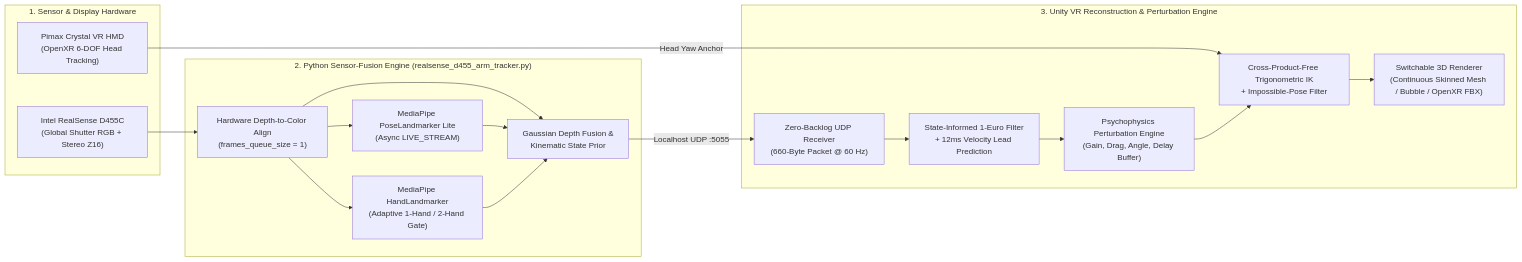
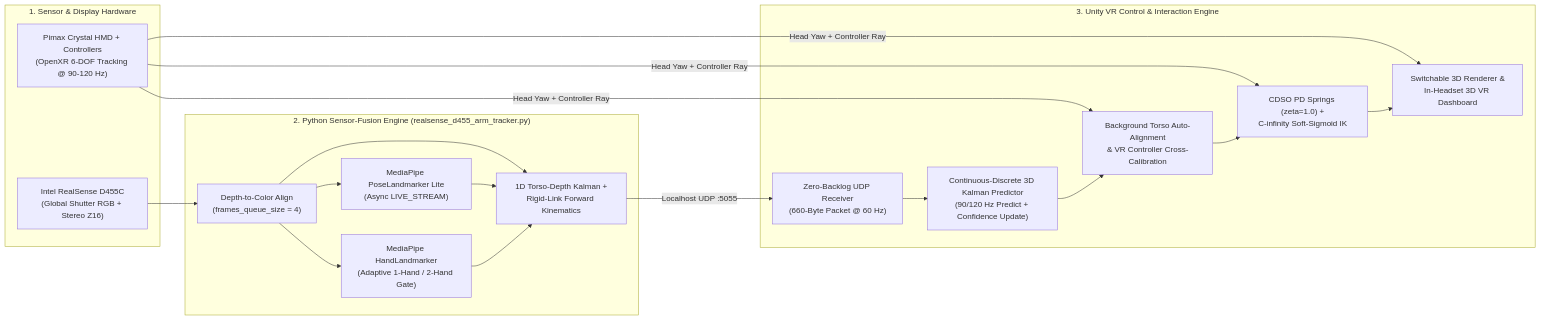
Before and after one commit to SantiagoMartinezHernandez/Pimax_RealSense_ArmVR: the diagram in TECHNICAL_SPECIFICATIONS_BRIEF.md, drawn with Mermaid. The commit also changed other lines of this file and 8 other files, not shown here.

Commit message:
Release v6.0: Rigid-Link + Kalman Fusion, CDSO PD Controller, Auto-Align, and In-Headset 3D VR Dashboard & Controller Input

````diff
--- a/TECHNICAL_SPECIFICATIONS_BRIEF.md
+++ b/TECHNICAL_SPECIFICATIONS_BRIEF.md
@@ -10,29 +10,29 @@
 ```mermaid
 flowchart LR
     subgraph Hardware["1. Sensor & Display Hardware"]
         D455["Intel RealSense D455C<br/>(Global Shutter RGB + Stereo Z16)"]
-        Pimax["Pimax Crystal VR HMD<br/>(OpenXR 6-DOF Head Tracking)"]
+        Pimax["Pimax Crystal HMD + Controllers<br/>(OpenXR 6-DOF Tracking @ 90-120 Hz)"]
     end
 
     subgraph PythonEngine["2. Python Sensor-Fusion Engine (realsense_d455_arm_tracker.py)"]
-        Align["Hardware Depth-to-Color Align<br/>(frames_queue_size = 1)"]
+        Align["Depth-to-Color Align<br/>(frames_queue_size = 4)"]
         MPPose["MediaPipe PoseLandmarker Lite<br/>(Async LIVE_STREAM)"]
         MPHand["MediaPipe HandLandmarker<br/>(Adaptive 1-Hand / 2-Hand Gate)"]
-        Fusion["Gaussian Depth Fusion &<br/>Kinematic State Prior"]
+        RigidFK["1D Torso-Depth Kalman +<br/>Rigid-Link Forward Kinematics"]
     end
 
-    subgraph UnityVR["3. Unity VR Reconstruction & Perturbation Engine"]
+    subgraph UnityVR["3. Unity VR Control & Interaction Engine"]
         UDP["Zero-Backlog UDP Receiver<br/>(660-Byte Packet @ 60 Hz)"]
-        Euro["State-Informed 1-Euro Filter<br/>+ 12ms Velocity Lead Prediction"]
-        Perturb["Psychophysics Perturbation Engine<br/>(Gain, Drag, Angle, Delay Buffer)"]
-        TrigIK["Cross-Product-Free Trigonometric IK<br/>+ Impossible-Pose Filter"]
-        MeshGen["Switchable 3D Renderer<br/>(Continuous Skinned Mesh / Bubble / OpenXR FBX)"]
+        Kalman["Continuous-Discrete 3D Kalman Predictor<br/>(90/120 Hz Predict + Confidence Update)"]
+        AutoAlign["Background Torso Auto-Alignment<br/>& VR Controller Cross-Calibration"]
+        CDSO["CDSO PD Springs (zeta=1.0) +<br/>C-infinity Soft-Sigmoid IK"]
+        MeshGen["Switchable 3D Renderer &<br/>In-Headset 3D VR Dashboard"]
     end
 
     D455 --> Align
-    Align --> MPPose & MPHand & Fusion
-    MPPose & MPHand --> Fusion
-    Fusion -- "Localhost UDP :5055" --> UDP
-    Pimax -- "Head Yaw Anchor" --> TrigIK
-    UDP --> Euro --> Perturb --> TrigIK --> MeshGen
+    Align --> MPPose & MPHand & RigidFK
+    MPPose & MPHand --> RigidFK
+    RigidFK -- "Localhost UDP :5055" --> UDP
+    Pimax -- "Head Yaw + Controller Ray" --> CDSO & MeshGen & AutoAlign
+    UDP --> Kalman --> AutoAlign --> CDSO --> MeshGen
 ```
````
